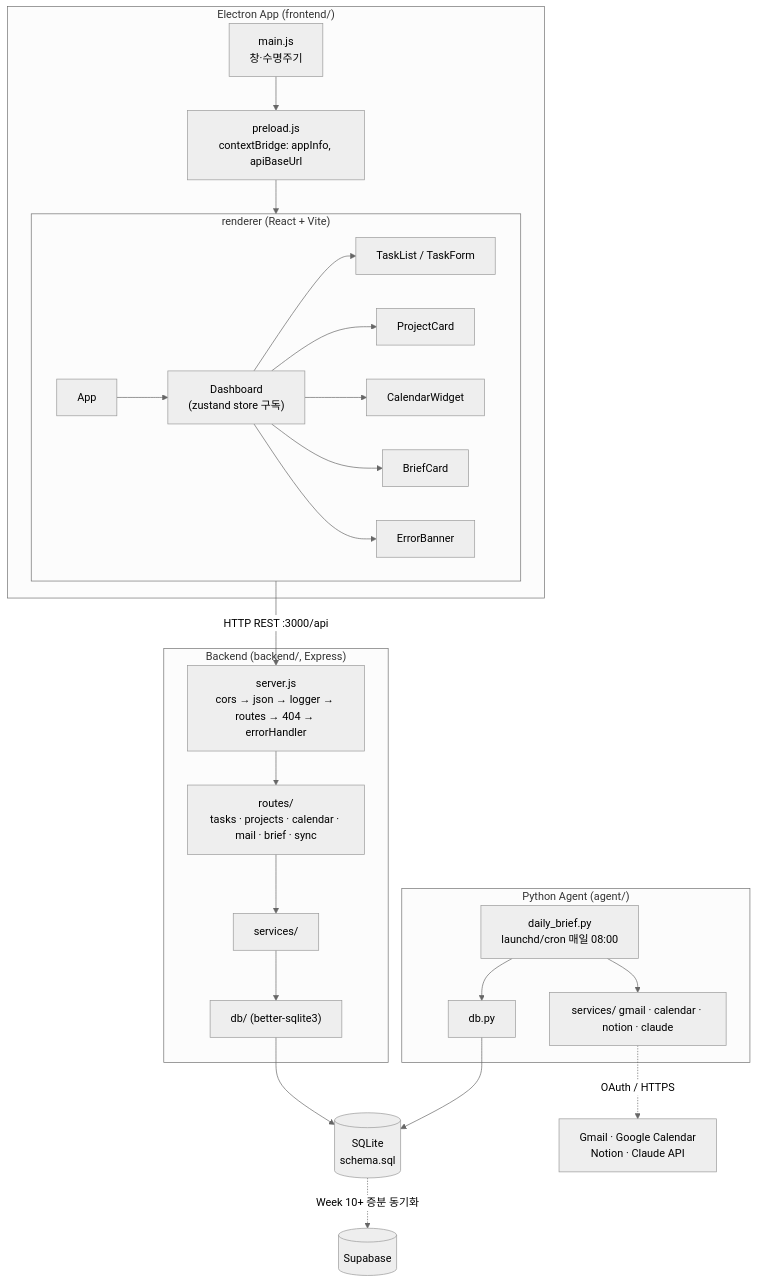
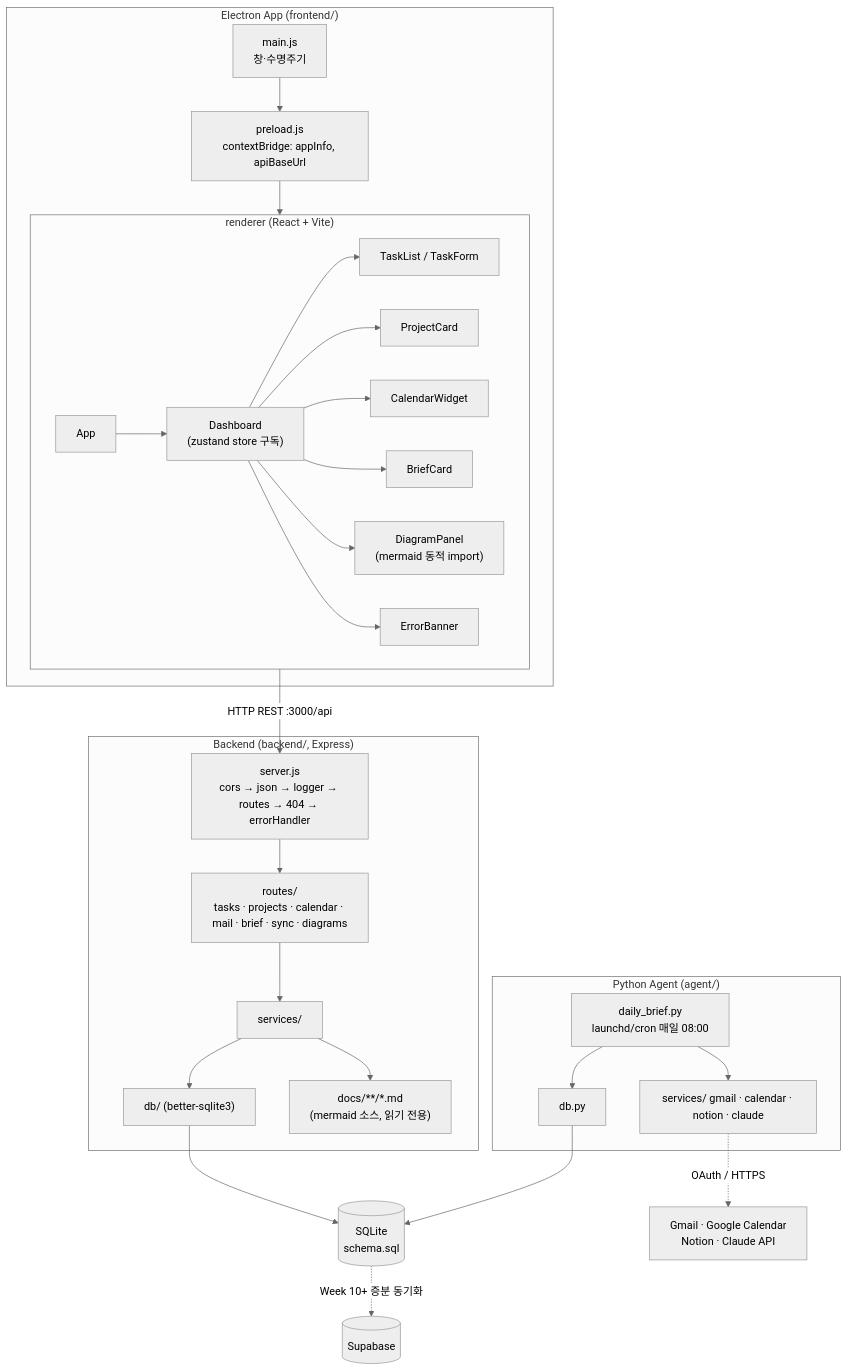
One commit to gamercross/my-setup-proj changed the first of 3 diagrams in docs/product/DESIGN.md. Above: the diagram before and after it, drawn with Mermaid (neutral theme). The commit also changed other lines of this file and 14 other files, not shown here.

First line of the commit message:
docs: FR-UI-05 다이어그램 뷰어 스펙 확정 (ADR-0014) + 정합성 정리

````diff
--- a/docs/product/DESIGN.md
+++ b/docs/product/DESIGN.md
@@ -45,37 +46,39 @@
 ```mermaid
 flowchart TB
   subgraph EL["Electron App (frontend/)"]
     MAIN["main.js<br/>창·수명주기"]
     PRE["preload.js<br/>contextBridge: appInfo, apiBaseUrl"]
     subgraph R["renderer (React + Vite)"]
       APP["App"] --> DASH["Dashboard<br/>(zustand store 구독)"]
       DASH --> TL["TaskList / TaskForm"]
       DASH --> PC["ProjectCard"]
       DASH --> CW["CalendarWidget"]
       DASH --> BC["BriefCard"]
+      DASH --> DGP["DiagramPanel<br/>(mermaid 동적 import)"]
       DASH --> EB["ErrorBanner"]
     end
     MAIN --> PRE --> R
   end
 
   subgraph BE["Backend (backend/, Express)"]
     SRV["server.js<br/>cors → json → logger → routes → 404 → errorHandler"]
-    SRV --> RT["routes/<br/>tasks · projects · calendar · mail · brief · sync"]
+    SRV --> RT["routes/<br/>tasks · projects · calendar · mail · brief · sync · diagrams"]
     RT --> SVC["services/"]
     SVC --> DBM["db/ (better-sqlite3)"]
+    SVC --> DOCS["docs/**/*.md<br/>(mermaid 소스, 읽기 전용)"]
   end
 
   subgraph AG["Python Agent (agent/)"]
     DB2["daily_brief.py<br/>launchd/cron 매일 08:00"]
     DB2 --> GS["services/ gmail · calendar · notion · claude"]
     DB2 --> ADB["db.py"]
   end
 
   SQLITE[("SQLite<br/>schema.sql")]
 
   R -- "HTTP REST :3000/api" --> SRV
   DBM --> SQLITE
   ADB --> SQLITE
   GS -. "OAuth / HTTPS" .-> EXT["Gmail · Google Calendar<br/>Notion · Claude API"]
   SQLITE -. "Week 10+ 증분 동기화" .-> SUPA[("Supabase")]
 ```
````
